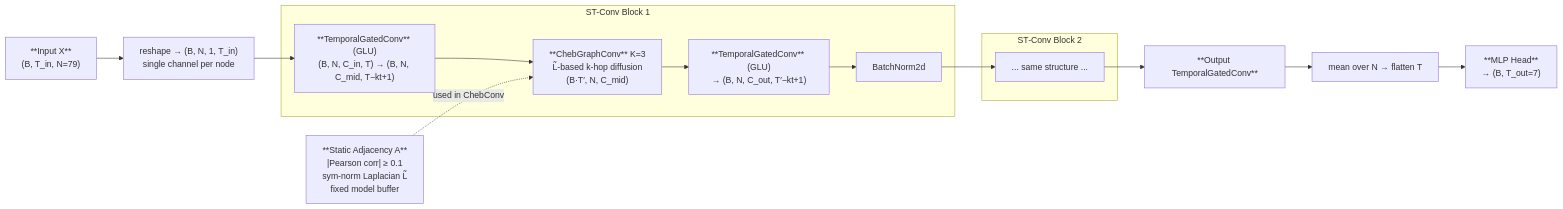
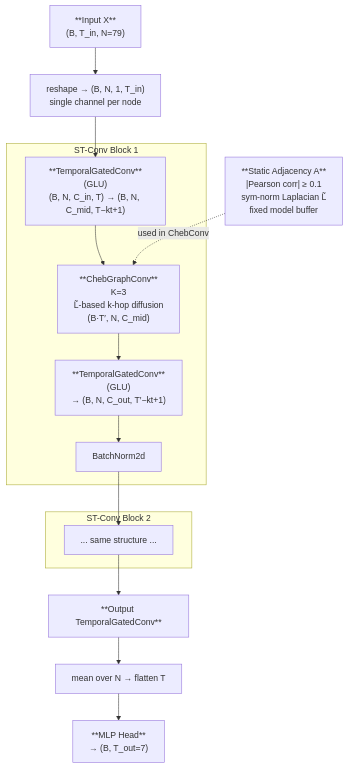
Before and after one commit to NightfuryEquinn/Ridership: the ninth of 17 diagrams in src/models/MODEL.md, drawn with Mermaid. The commit also changed other lines of this file and 24 other files, not shown here.

Commit message:
docs: :memo: Update report, slides and architecture diagrams

````diff
--- a/src/models/MODEL.md
+++ b/src/models/MODEL.md
@@ -424,24 +424,24 @@
 ```mermaid
-flowchart LR
+flowchart TD
     X["**Input X**\n(B, T_in, N=79)"]
     ADJ["**Static Adjacency A**\n|Pearson corr| ≥ 0.1\nsym-norm Laplacian L̃\nfixed model buffer"]
     RESHAPE["reshape → (B, N, 1, T_in)\nsingle channel per node"]
 
     subgraph B1["ST-Conv Block 1"]
-        TGC1a["**TemporalGatedConv** (GLU)\n(B, N, C_in, T) → (B, N, C_mid, T−kt+1)"]
-        CHEB1["**ChebGraphConv** K=3\nL̃-based k-hop diffusion\n(B·T′, N, C_mid)"]
-        TGC1b["**TemporalGatedConv** (GLU)\n→ (B, N, C_out, T′−kt+1)"]
+        TGC1a["**TemporalGatedConv**\n(GLU)\n(B, N, C_in, T) → (B, N, C_mid, T−kt+1)"]
+        CHEB1["**ChebGraphConv**\nK=3\nL̃-based k-hop diffusion\n(B·T′, N, C_mid)"]
+        TGC1b["**TemporalGatedConv**\n(GLU)\n→ (B, N, C_out, T′−kt+1)"]
         BN1["BatchNorm2d"]
     end
 
     subgraph B2["ST-Conv Block 2"]
         TGC2["... same structure ..."]
     end
 
     TGC_OUT["**Output TemporalGatedConv**"]
     MEANPOOL["mean over N → flatten T"]
     MLP["**MLP Head**\n→ (B, T_out=7)"]
 
     X --> RESHAPE --> TGC1a --> CHEB1 --> TGC1b --> BN1 --> TGC2 --> TGC_OUT --> MEANPOOL --> MLP
     ADJ -. used in ChebConv .-> CHEB1
 ```
````
